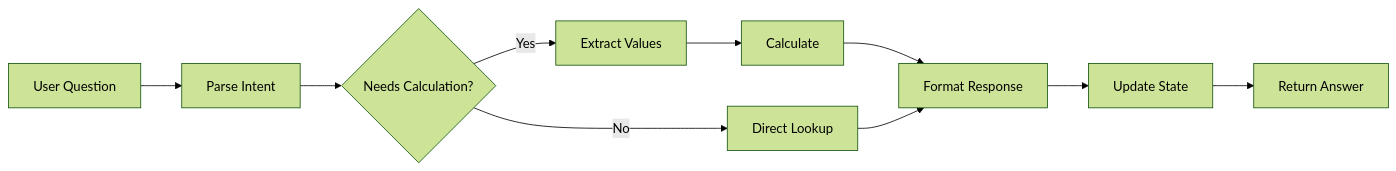
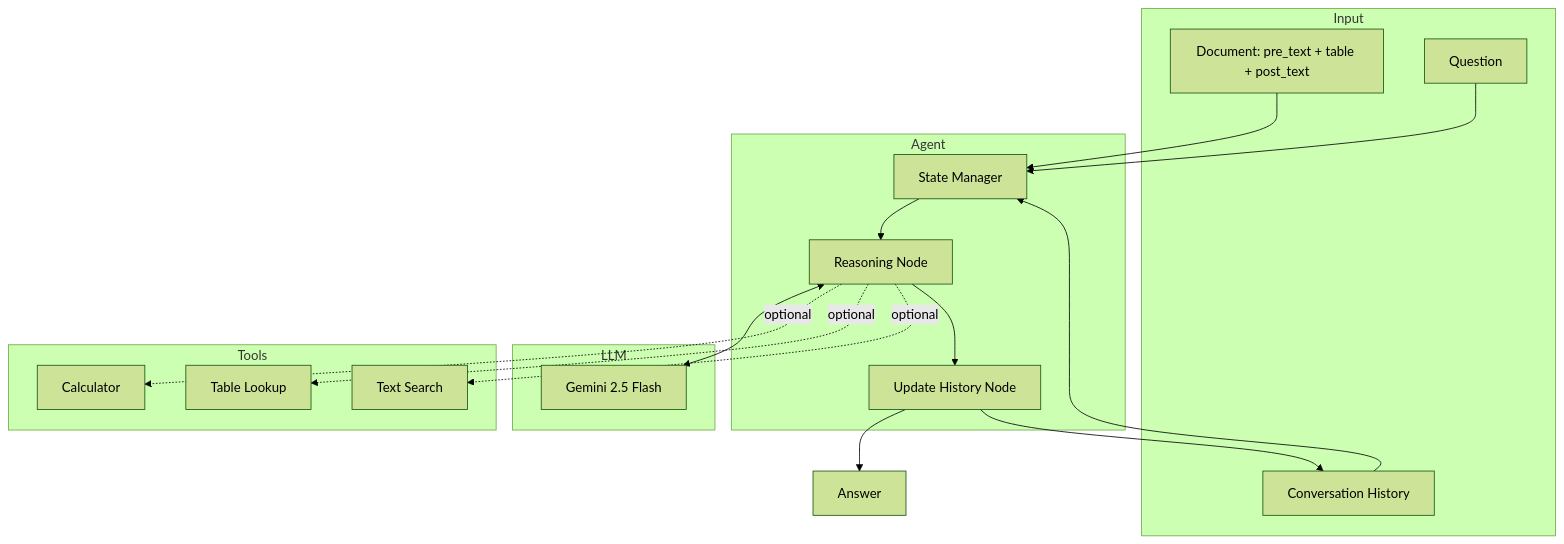
Before and after one commit to sophiex59/convfinqa-agent: the diagram in docs/implementation_plan.md, drawn with Mermaid (forest theme). The commit also changed other lines of this file and 16 other files, not shown here.

````diff
--- a/docs/implementation_plan.md
+++ b/docs/implementation_plan.md
@@ -130,12 +17,36 @@
 ```mermaid
-graph LR
-    A[User Question] --> B[Parse Intent]
-    B --> C{Needs Calculation?}
-    C -->|Yes| D[Extract Values]
-    D --> E[Calculate]
-    E --> F[Format Response]
-    C -->|No| G[Direct Lookup]
-    G --> F
-    F --> H[Update State]
-    H --> I[Return Answer]
+flowchart TB
+    subgraph Input
+        D[Document: pre_text + table + post_text]
+        Q[Question]
+        H[Conversation History]
+    end
+
+    subgraph Agent
+        S[State Manager]
+        R[Reasoning Node]
+        U[Update History Node]
+    end
+
+    subgraph LLM
+        G[Gemini 2.5 Flash]
+    end
+
+    subgraph Tools
+        C[Calculator]
+        T[Table Lookup]
+        X[Text Search]
+    end
+
+    D --> S
+    Q --> S
+    H --> S
+    S --> R
+    R <--> G
+    R -.->|optional| C
+    R -.->|optional| T
+    R -.->|optional| X
+    R --> U
+    U --> A[Answer]
+    U --> H
 ```
````
